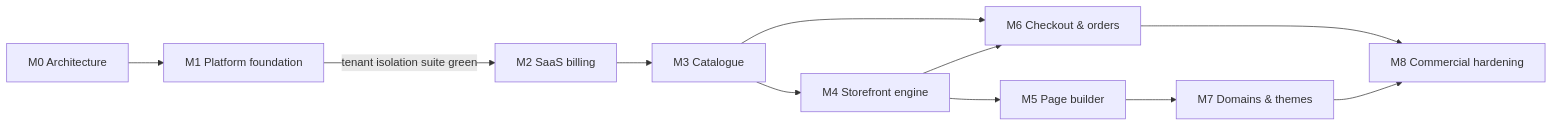
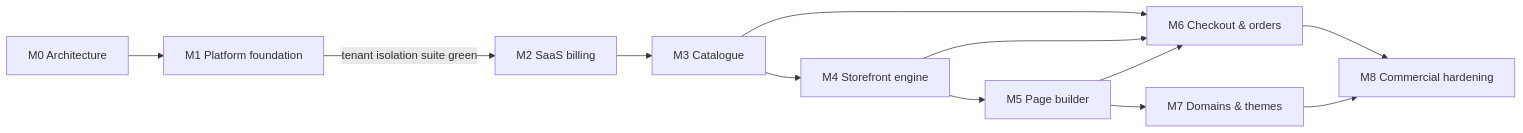
The diagram in docs/roadmap/implementation-roadmap.md (pixfortech/storevia), drawn with Mermaid before and after one commit. The commit also changed other lines of this file and 18 other files, not shown here.

````diff
--- a/docs/roadmap/implementation-roadmap.md
+++ b/docs/roadmap/implementation-roadmap.md
@@ -19,13 +19,14 @@
 ```mermaid
 flowchart LR
   M0[M0 Architecture] --> M1[M1 Platform foundation]
   M1 -->|tenant isolation suite green| M2[M2 SaaS billing]
   M2 --> M3[M3 Catalogue]
   M3 --> M4[M4 Storefront engine]
   M4 --> M5[M5 Page builder]
   M3 --> M6[M6 Checkout & orders]
   M4 --> M6
+  M5 --> M6
   M5 --> M7[M7 Domains & themes]
   M6 --> M8[M8 Commercial hardening]
   M7 --> M8
 ```
````
